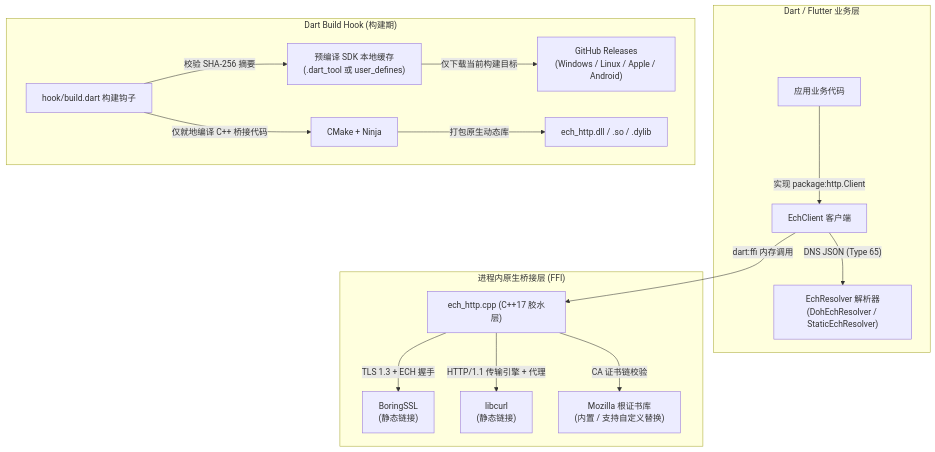
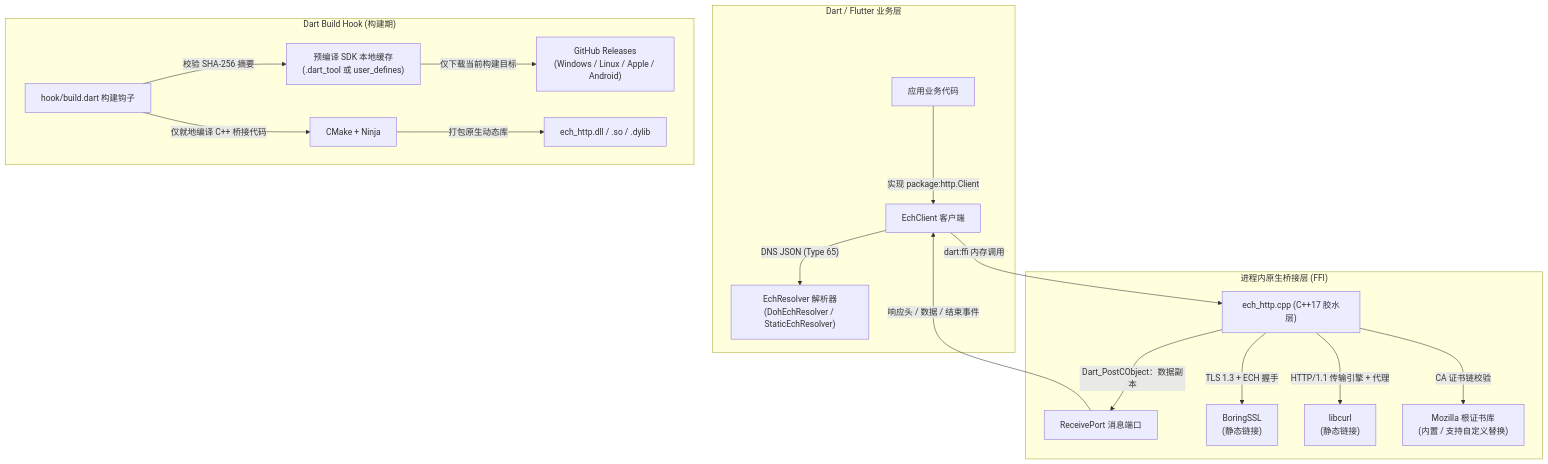
One commit to Predidit/ech_http changed the diagram in README.zh-CN.md. Above: the diagram before and after it, drawn with Mermaid. The commit also changed other lines of this file and 18 other files, not shown here.

````diff
--- a/README.zh-CN.md
+++ b/README.zh-CN.md
@@ -19,21 +19,23 @@
 ```mermaid
 flowchart TD
     subgraph DartApp["Dart / Flutter 业务层"]
         Consumer["应用业务代码"] -->|"实现 package:http.Client"| EchClient["EchClient 客户端"]
         EchClient -->|"DNS JSON (Type 65)"| Resolver["EchResolver 解析器\n(DohEchResolver / StaticEchResolver)"]
     end
 
     subgraph NativeBridge["进程内原生桥接层 (FFI)"]
         EchClient -->|"dart:ffi 内存调用"| Bridge["ech_http.cpp (C++17 胶水层)"]
+        Bridge -->|"Dart_PostCObject：数据副本"| Events["ReceivePort 消息端口"]
+        Events -->|"响应头 / 数据 / 结束事件"| EchClient
         Bridge -->|"TLS 1.3 + ECH 握手"| BoringSSL["BoringSSL\n(静态链接)"]
         Bridge -->|"HTTP/1.1 传输引擎 + 代理"| Libcurl["libcurl\n(静态链接)"]
         Bridge -->|"CA 证书链校验"| MozRoots["Mozilla 根证书库\n(内置 / 支持自定义替换)"]
     end
 
     subgraph BuildSystem["Dart Build Hook (构建期)"]
         Hook["hook/build.dart 构建钩子"] -->|"校验 SHA-256 摘要"| SDKCache["预编译 SDK 本地缓存\n(.dart_tool 或 user_defines)"]
         SDKCache -->|"仅下载当前构建目标"| PrebuiltRepo["GitHub Releases\n(Windows / Linux / Apple / Android)"]
         Hook -->|"仅就地编译 C++ 桥接代码"| CMakeNinja["CMake + Ninja"]
         CMakeNinja -->|"打包原生动态库"| OutputLib["ech_http.dll / .so / .dylib"]
     end
 ```
````
